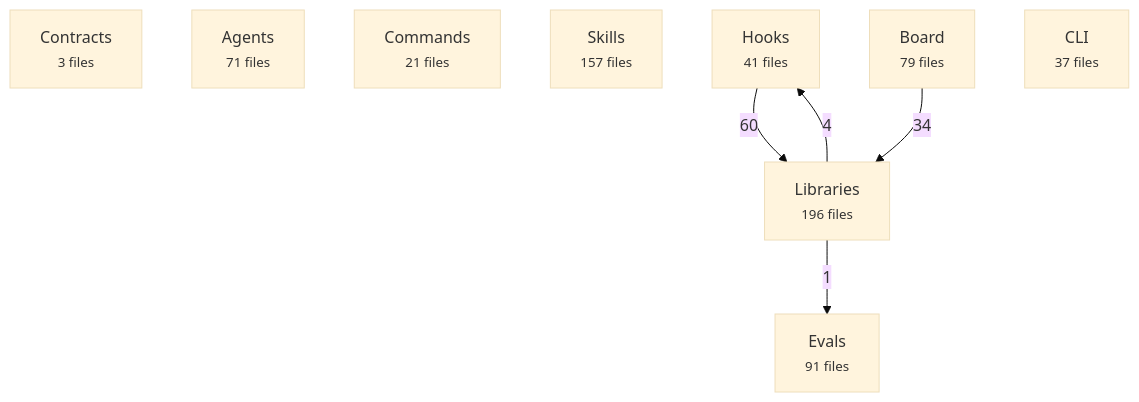
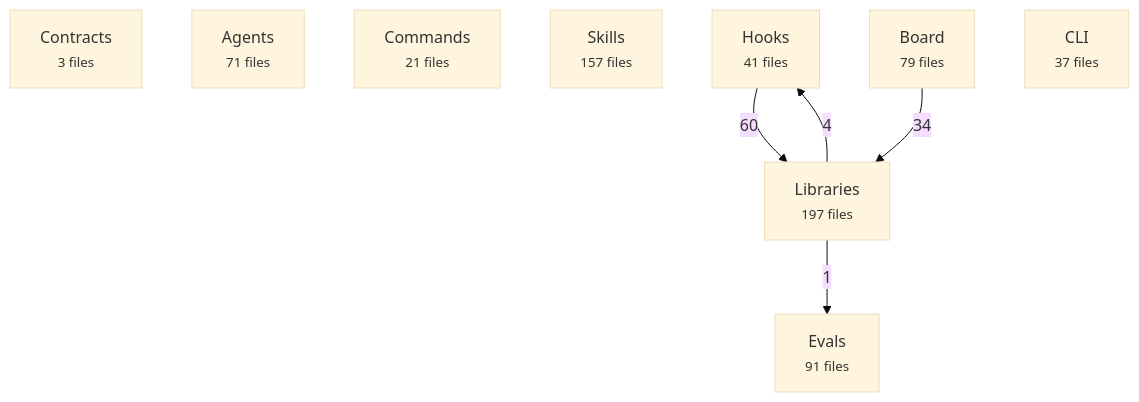
Before and after one commit to avelikiy/great_cto: the first of 2 diagrams in docs/reference/architecture-map.md, drawn with Mermaid (base theme). The commit also changed other lines of this file and 5 other files, not shown here.

````diff
--- a/docs/reference/architecture-map.md
+++ b/docs/reference/architecture-map.md
@@ -20,16 +20,16 @@
 ```mermaid
 flowchart TD
   contracts["Contracts<br/><small>3 files</small>"]
   agents["Agents<br/><small>71 files</small>"]
   commands["Commands<br/><small>21 files</small>"]
   skills["Skills<br/><small>157 files</small>"]
   hooks["Hooks<br/><small>41 files</small>"]
-  libs["Libraries<br/><small>196 files</small>"]
+  libs["Libraries<br/><small>197 files</small>"]
   board["Board<br/><small>79 files</small>"]
   cli["CLI<br/><small>37 files</small>"]
   evals["Evals<br/><small>91 files</small>"]
   hooks -->|60| libs
   board -->|34| libs
   libs -->|4| hooks
   libs -->|1| evals
 ```
````
